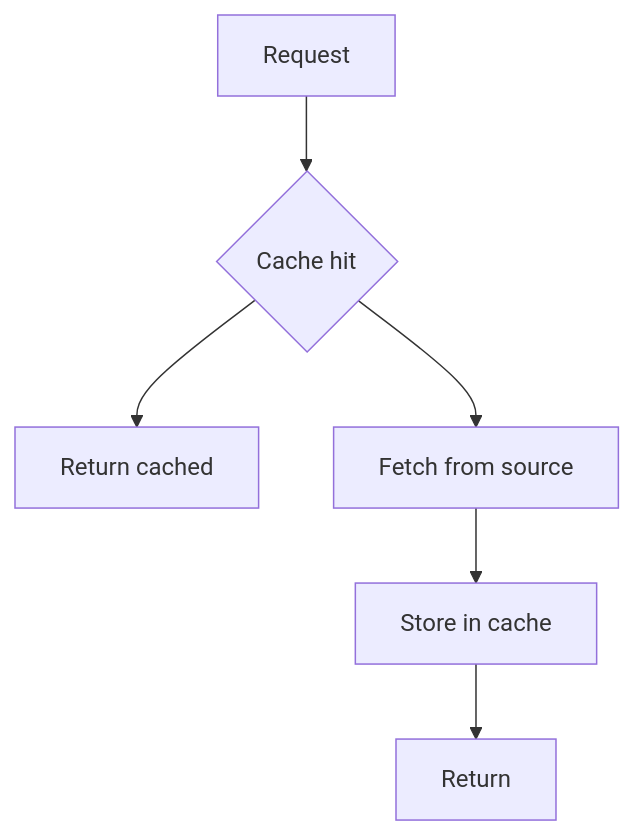
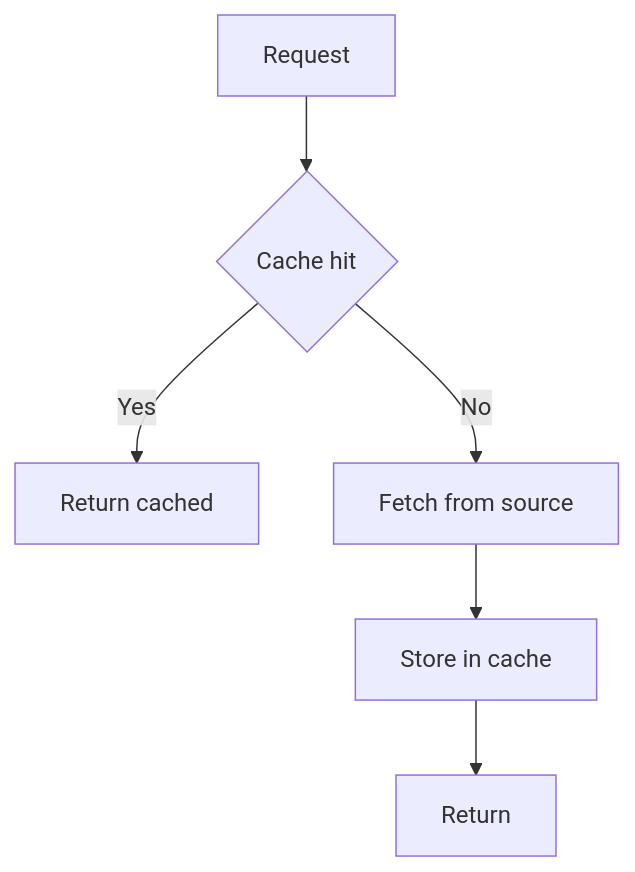
The first of 3 diagrams in Vault/Software Engineering/03 Data Persistence/Caching.md (grafanaKibana/devbook.zip), drawn with Mermaid before and after one commit. The commit also changed other lines of this file and 14 other files, not shown here.

````diff
--- a/Vault/Software Engineering/03 Data Persistence/Caching.md
+++ b/Vault/Software Engineering/03 Data Persistence/Caching.md
@@ -22,8 +21,8 @@
 ```mermaid
 flowchart TD
   A[Request] --> B{Cache hit}
-  B --> C[Return cached]
-  B --> D[Fetch from source]
+  B -->|Yes| C[Return cached]
+  B -->|No| D[Fetch from source]
   D --> E[Store in cache]
   E --> F[Return]
 ```
````
